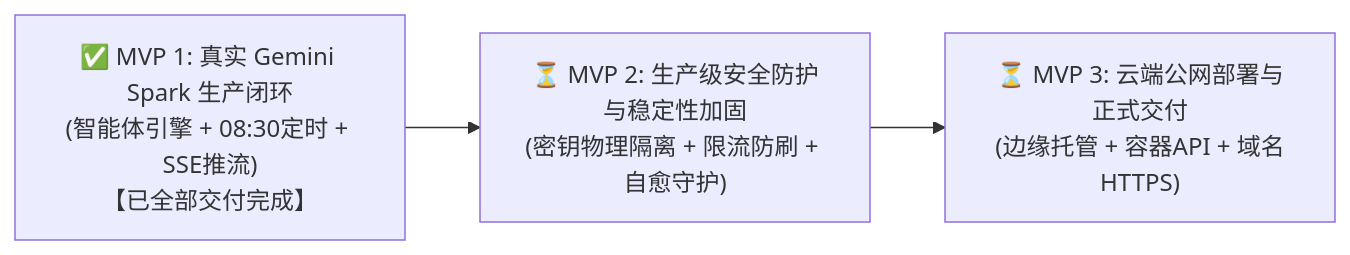
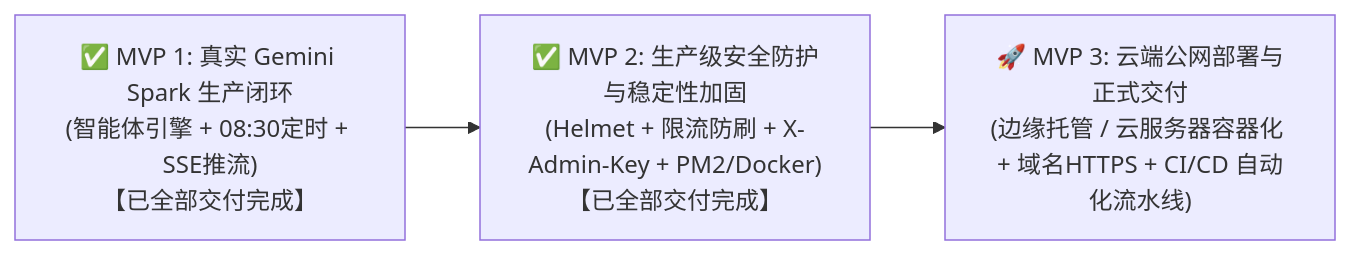
One commit to Shawn-cz/gemini-spark-news changed the second of 2 diagrams in HANDOVER.md. Above: the diagram before and after it, drawn with Mermaid. The commit also changed other lines of this file and 1 other file, not shown here.

Commit message:
docs(handover): archive MVP 2 delivery, security architecture, and operational cheat sheet

````diff
--- a/HANDOVER.md
+++ b/HANDOVER.md
@@ -147,4 +264,4 @@
 ```mermaid
 flowchart LR
-    MVP1["✅ MVP 1: 真实 Gemini Spark 生产闭环\n(智能体引擎 + 08:30定时 + SSE推流)\n【已全部交付完成】"] --> MVP2["⏳ MVP 2: 生产级安全防护与稳定性加固\n(密钥物理隔离 + 限流防刷 + 自愈守护)"] --> MVP3["⏳ MVP 3: 云端公网部署与正式交付\n(边缘托管 + 容器API + 域名HTTPS)"]
+    MVP1["✅ MVP 1: 真实 Gemini Spark 生产闭环\n(智能体引擎 + 08:30定时 + SSE推流)\n【已全部交付完成】"] --> MVP2["✅ MVP 2: 生产级安全防护与稳定性加固\n(Helmet + 限流防刷 + X-Admin-Key + PM2/Docker)\n【已全部交付完成】"] --> MVP3["🚀 MVP 3: 云端公网部署与正式交付\n(边缘托管 / 云服务器容器化 + 域名HTTPS + CI/CD 自动化流水线)"]
 ```
````
